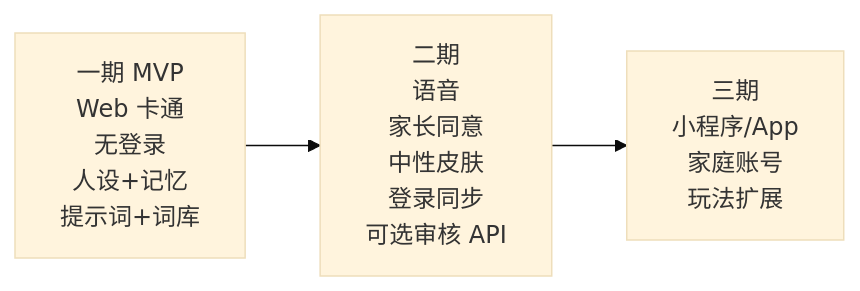
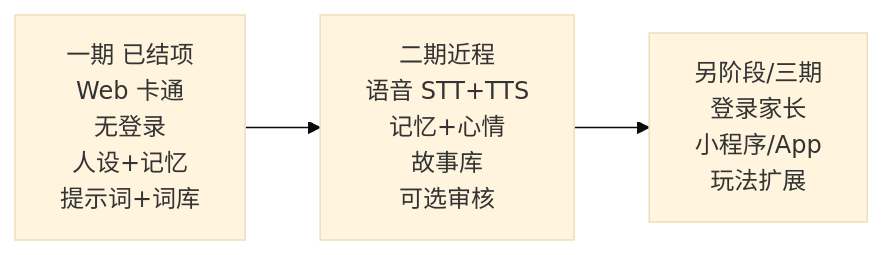
One commit to LinJJ12/EverPal changed the fourth of 11 diagrams in docs/diagrams.md. Above: the diagram before and after it, drawn with Mermaid (base theme). The commit also changed other lines of this file and 13 other files, not shown here.

````diff
--- a/docs/diagrams.md
+++ b/docs/diagrams.md
@@ -70,7 +71,7 @@
 ```mermaid
 flowchart LR
-    P1[一期 MVP<br/>Web 卡通<br/>无登录<br/>人设+记忆<br/>提示词+词库]
-    P2[二期<br/>语音<br/>家长同意<br/>中性皮肤<br/>登录同步<br/>可选审核 API]
-    P3[三期<br/>小程序/App<br/>家庭账号<br/>玩法扩展]
+    P1[一期 已结项<br/>Web 卡通<br/>无登录<br/>人设+记忆<br/>提示词+词库]
+    P2[二期近程<br/>语音 STT+TTS<br/>记忆+心情<br/>故事库<br/>可选审核]
+    P3[另阶段/三期<br/>登录家长<br/>小程序/App<br/>玩法扩展]
     P1 --> P2 --> P3
 ```
````
